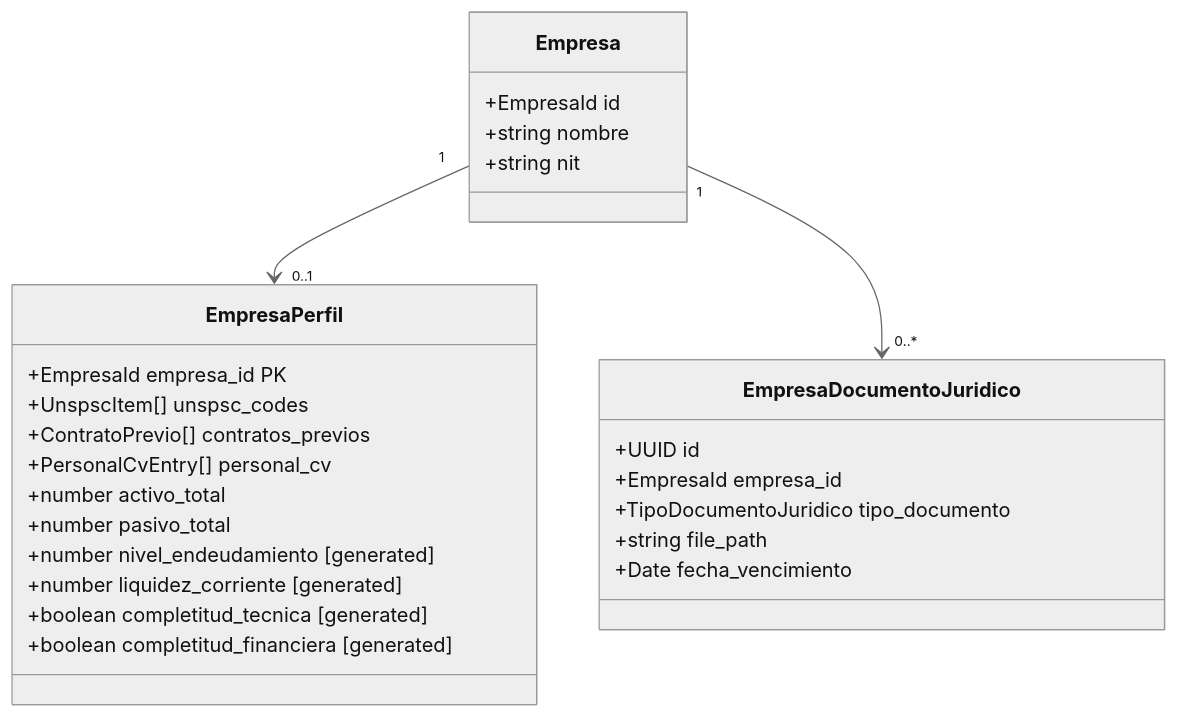
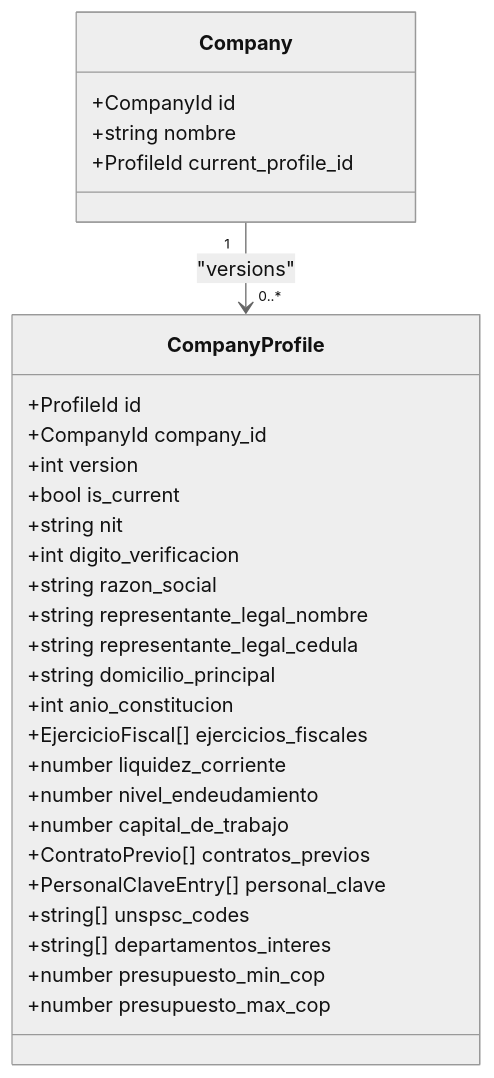
The second of 3 diagrams in docs/company-profiling-onboarding/feat/00-overview.md (agentezai/coltratos), drawn with Mermaid (neutral theme) before and after one commit. The commit also changed other lines of this file and 21 other files, not shown here.

````diff
--- a/docs/company-profiling-onboarding/feat/00-overview.md
+++ b/docs/company-profiling-onboarding/feat/00-overview.md
@@ -64,29 +49,32 @@
 ```mermaid
 classDiagram
-    class Empresa {
-        +EmpresaId id
+    class Company {
+        +CompanyId id
         +string nombre
+        +ProfileId current_profile_id
+    }
+    class CompanyProfile {
+        +ProfileId id
+        +CompanyId company_id
+        +int version
+        +bool is_current
         +string nit
+        +int digito_verificacion
+        +string razon_social
+        +string representante_legal_nombre
+        +string representante_legal_cedula
+        +string domicilio_principal
+        +int anio_constitucion
+        +EjercicioFiscal[] ejercicios_fiscales
+        +number liquidez_corriente
+        +number nivel_endeudamiento
+        +number capital_de_trabajo
+        +ContratoPrevio[] contratos_previos
+        +PersonalClaveEntry[] personal_clave
+        +string[] unspsc_codes
+        +string[] departamentos_interes
+        +number presupuesto_min_cop
+        +number presupuesto_max_cop
     }
-    class EmpresaPerfil {
-        +EmpresaId empresa_id PK
-        +UnspscItem[] unspsc_codes
-        +ContratoPrevio[] contratos_previos
-        +PersonalCvEntry[] personal_cv
-        +number activo_total
-        +number pasivo_total
-        +number nivel_endeudamiento [generated]
-        +number liquidez_corriente [generated]
-        +boolean completitud_tecnica [generated]
-        +boolean completitud_financiera [generated]
-    }
-    class EmpresaDocumentoJuridico {
-        +UUID id
-        +EmpresaId empresa_id
-        +TipoDocumentoJuridico tipo_documento
-        +string file_path
-        +Date fecha_vencimiento
-    }
-    Empresa "1" --> "0..1" EmpresaPerfil
-    Empresa "1" --> "0..*" EmpresaDocumentoJuridico
+    Company "1" --> "0..*" CompanyProfile : "versions"
 ```
````
